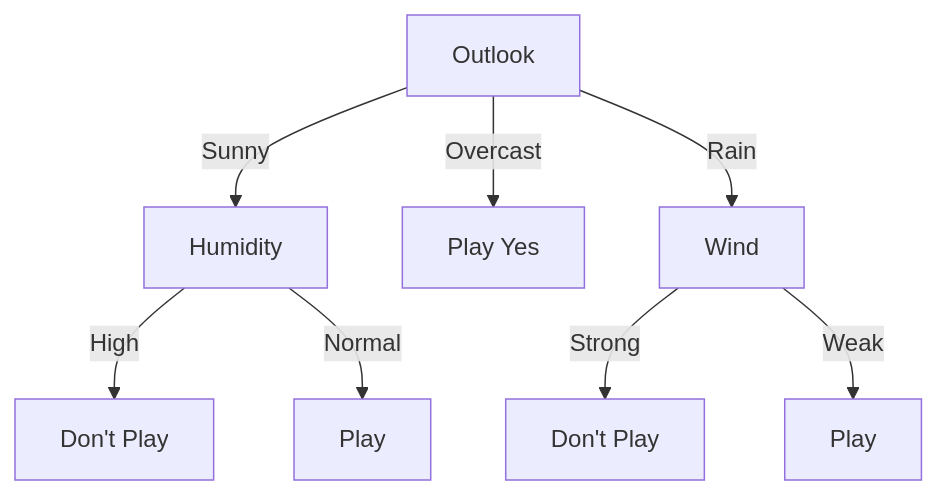
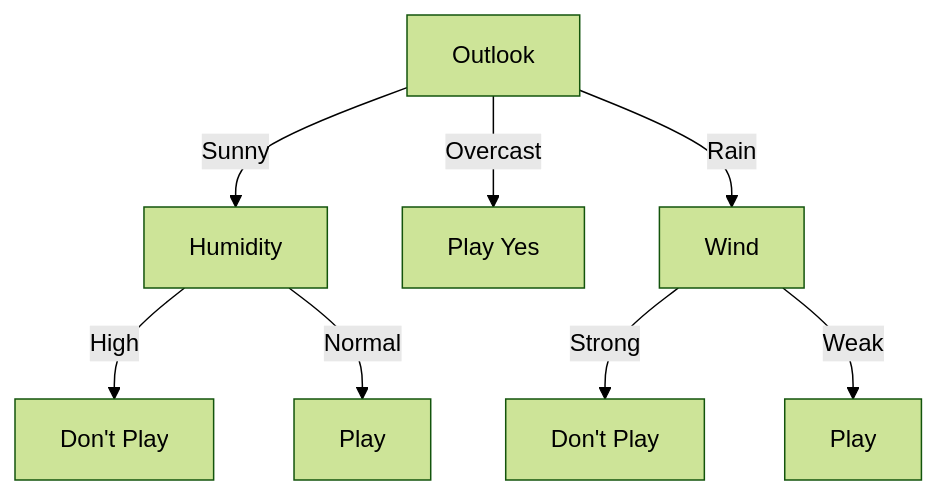
Before and after one commit to prirai/prirai.github.io: the diagram in src/blog/decision-trees.md, drawn with Mermaid. The commit also changed other lines of this file and 15 other files, not shown here.

````diff
--- a/src/blog/decision-trees.md
+++ b/src/blog/decision-trees.md
@@ -159,10 +165,11 @@
 ```mermaid
+%%{init: {'theme':'forest'}}%%
 graph TD
     A[Outlook] -->|Sunny| B[Humidity]
     A -->|Overcast| C[Play Yes]
     A -->|Rain| D[Wind]
     B -->|High| E[Don't Play]
     B -->|Normal| F[Play]
     D -->|Strong| G[Don't Play]
     D -->|Weak| H[Play]
 ```
````
